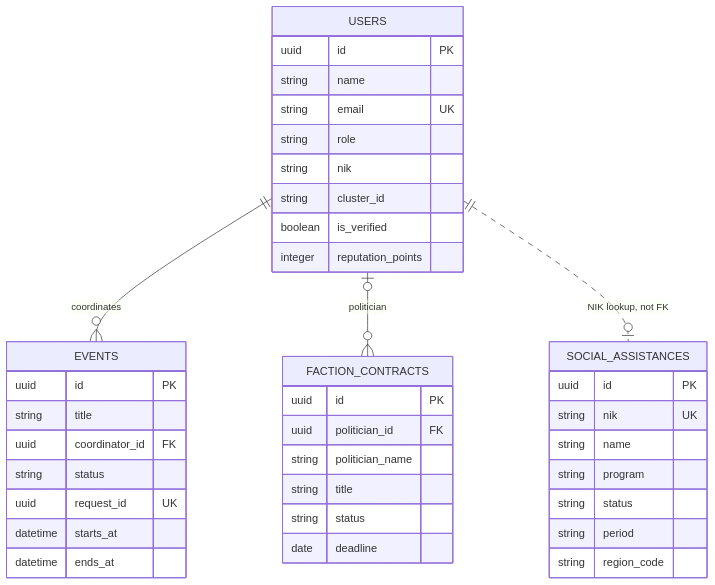
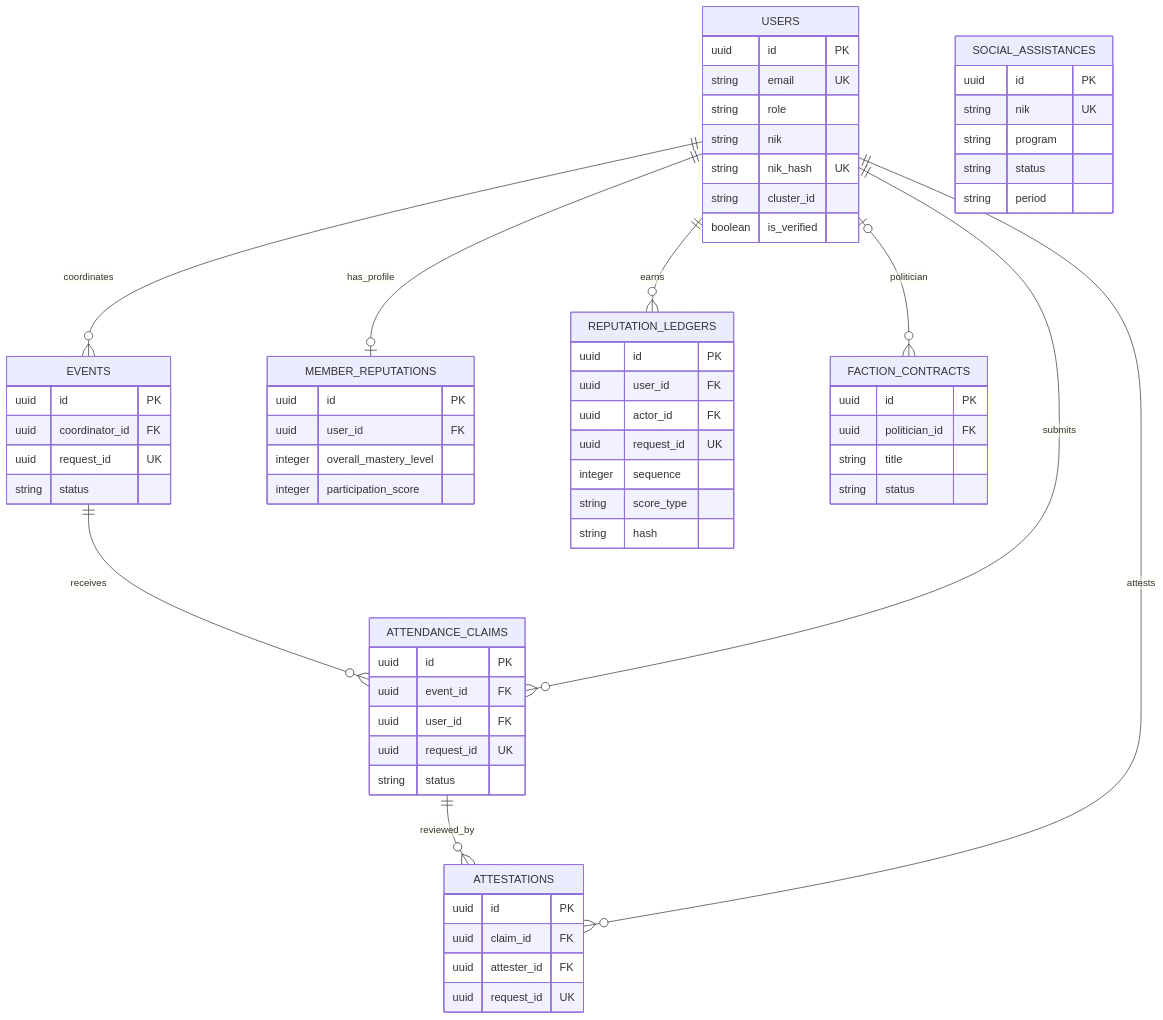
The fourth of 4 diagrams in docs/architecture.md (bagusgrav/partai), drawn with Mermaid before and after one commit. The commit also changed other lines of this file and 1 other file, not shown here.

Commit message:
docs: audit README and architecture blueprint

````diff
--- a/docs/architecture.md
+++ b/docs/architecture.md
@@ -74,42 +163,67 @@
 ```mermaid
 erDiagram
     USERS {
         uuid id PK
-        string name
         string email UK
         string role
         string nik
+        string nik_hash UK
         string cluster_id
         boolean is_verified
-        integer reputation_points
     }
     EVENTS {
         uuid id PK
+        uuid coordinator_id FK
+        uuid request_id UK
+        string status
+    }
+    ATTENDANCE_CLAIMS {
+        uuid id PK
+        uuid event_id FK
+        uuid user_id FK
+        uuid request_id UK
+        string status
+    }
+    ATTESTATIONS {
+        uuid id PK
+        uuid claim_id FK
+        uuid attester_id FK
+        uuid request_id UK
+    }
+    MEMBER_REPUTATIONS {
+        uuid id PK
+        uuid user_id FK
+        integer overall_mastery_level
+        integer participation_score
+    }
+    REPUTATION_LEDGERS {
+        uuid id PK
+        uuid user_id FK
+        uuid actor_id FK
+        uuid request_id UK
+        integer sequence
+        string score_type
+        string hash
+    }
+    FACTION_CONTRACTS {
+        uuid id PK
+        uuid politician_id FK
         string title
-        uuid coordinator_id FK
         string status
-        uuid request_id UK
-        datetime starts_at
-        datetime ends_at
     }
     SOCIAL_ASSISTANCES {
         uuid id PK
         string nik UK
-        string name
         string program
         string status
         string period
-        string region_code
-    }
-    FACTION_CONTRACTS {
-        uuid id PK
-        uuid politician_id FK
-        string politician_name
-        string title
-        string status
-        date deadline
     }
     USERS ||--o{ EVENTS : coordinates
+    EVENTS ||--o{ ATTENDANCE_CLAIMS : receives
+    USERS ||--o{ ATTENDANCE_CLAIMS : submits
+    ATTENDANCE_CLAIMS ||--o{ ATTESTATIONS : reviewed_by
+    USERS ||--o{ ATTESTATIONS : attests
+    USERS ||--o| MEMBER_REPUTATIONS : has_profile
+    USERS ||--o{ REPUTATION_LEDGERS : earns
     USERS o|--o{ FACTION_CONTRACTS : politician
-    USERS ||..o| SOCIAL_ASSISTANCES : "NIK lookup, not FK"
 ```
````
